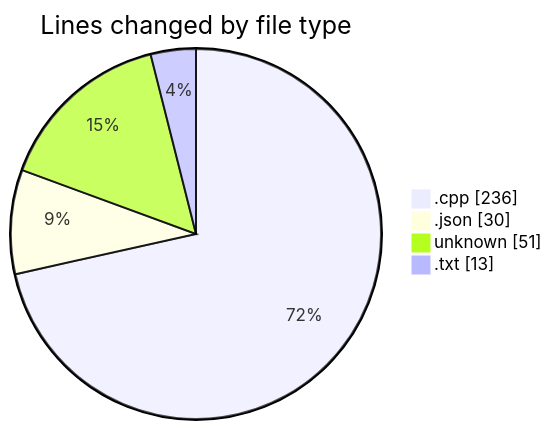
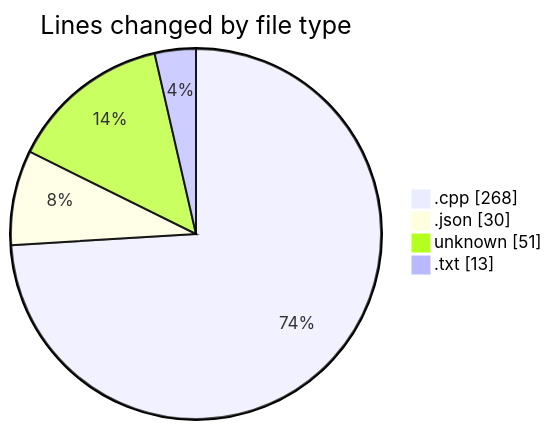
The first of 2 diagrams in 2025-03-30/echo/README.md (Netris89/code-tracking), drawn with Mermaid before and after one commit. The commit also changed other lines of this file and 1 other file, not shown here.

````diff
--- a/2025-03-30/echo/README.md
+++ b/2025-03-30/echo/README.md
@@ -23,8 +23,8 @@
 ```mermaid
 pie showData
 title Lines changed by file type
-".cpp" : 236
+".cpp" : 268
 ".json" : 30
 "unknown" : 51
 ".txt" : 13
 ```
````
